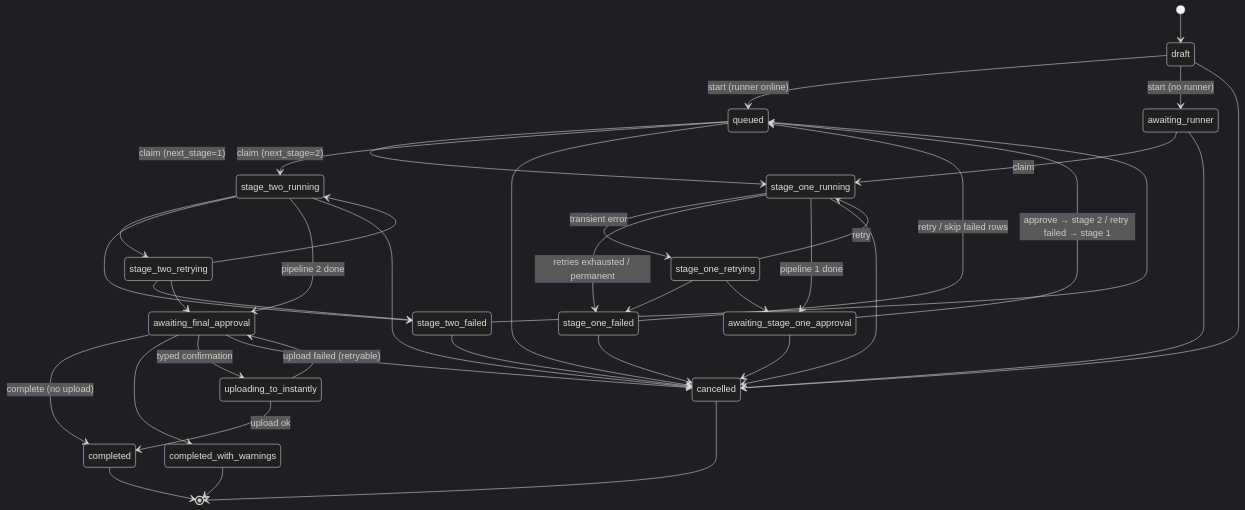
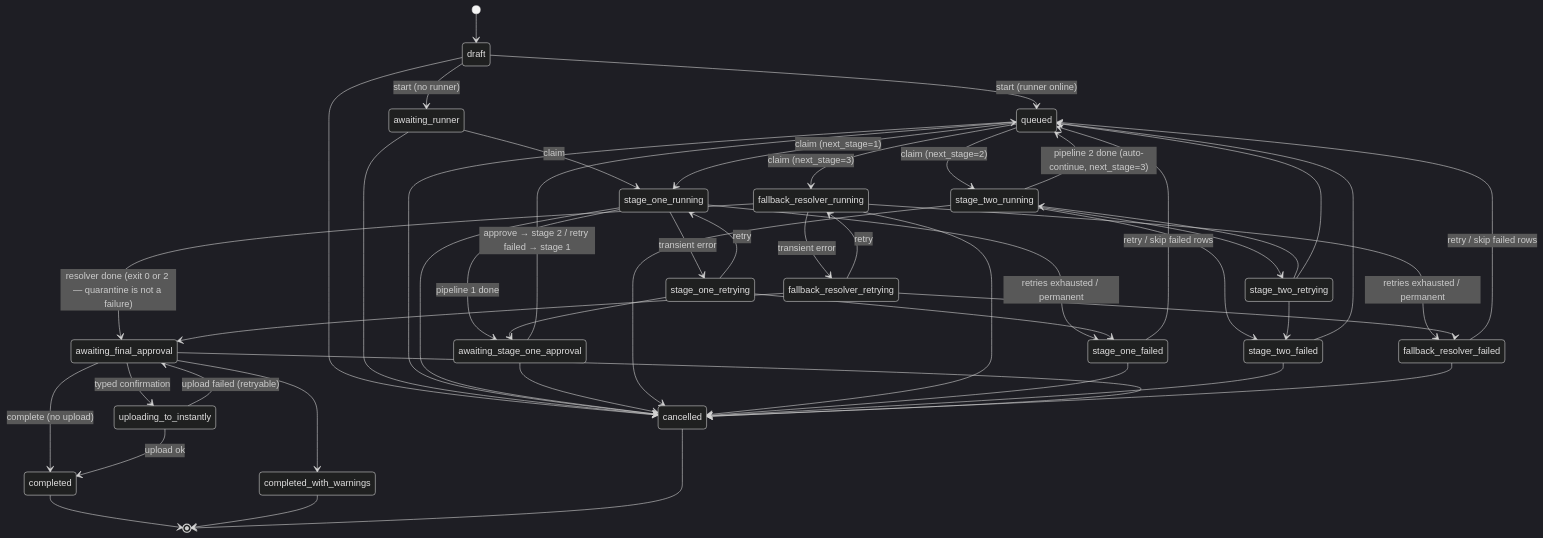
The second of 2 diagrams in docs/architecture.md (AureliConsulting/pipeline-frontend), drawn with Mermaid (dark theme) before and after one commit. The commit also changed 37 other files, not shown here.

First line of the commit message:
Add manual review fallback resolver as a mandatory third pipeline stage

````diff
--- a/docs/architecture.md
+++ b/docs/architecture.md
@@ -44,41 +44,51 @@
 ```mermaid
 stateDiagram-v2
   [*] --> draft
   draft --> queued: start (runner online)
   draft --> awaiting_runner: start (no runner)
   awaiting_runner --> stage_one_running: claim
   queued --> stage_one_running: claim (next_stage=1)
   queued --> stage_two_running: claim (next_stage=2)
+  queued --> fallback_resolver_running: claim (next_stage=3)
   stage_one_running --> stage_one_retrying: transient error
   stage_one_retrying --> stage_one_running: retry
   stage_one_running --> stage_one_failed: retries exhausted / permanent
   stage_one_retrying --> stage_one_failed
   stage_one_running --> awaiting_stage_one_approval: pipeline 1 done
   stage_one_retrying --> awaiting_stage_one_approval
   awaiting_stage_one_approval --> queued: approve → stage 2 / retry failed → stage 1
   stage_one_failed --> queued: retry / skip failed rows
   stage_two_running --> stage_two_retrying
   stage_two_retrying --> stage_two_running
   stage_two_running --> stage_two_failed
   stage_two_retrying --> stage_two_failed
-  stage_two_running --> awaiting_final_approval: pipeline 2 done
-  stage_two_retrying --> awaiting_final_approval
+  stage_two_running --> queued: pipeline 2 done (auto-continue, next_stage=3)
+  stage_two_retrying --> queued
   stage_two_failed --> queued
+  fallback_resolver_running --> fallback_resolver_retrying: transient error
+  fallback_resolver_retrying --> fallback_resolver_running: retry
+  fallback_resolver_running --> fallback_resolver_failed: retries exhausted / permanent
+  fallback_resolver_retrying --> fallback_resolver_failed
+  fallback_resolver_running --> awaiting_final_approval: resolver done (exit 0 or 2 — quarantine is not a failure)
+  fallback_resolver_retrying --> awaiting_final_approval
+  fallback_resolver_failed --> queued: retry / skip failed rows
   awaiting_final_approval --> completed: complete (no upload)
   awaiting_final_approval --> completed_with_warnings
   awaiting_final_approval --> uploading_to_instantly: typed confirmation
   uploading_to_instantly --> completed: upload ok
   uploading_to_instantly --> awaiting_final_approval: upload failed (retryable)
   draft --> cancelled
   awaiting_runner --> cancelled
   queued --> cancelled
   stage_one_running --> cancelled
   awaiting_stage_one_approval --> cancelled
   stage_two_running --> cancelled
+  fallback_resolver_running --> cancelled
   stage_one_failed --> cancelled
   stage_two_failed --> cancelled
+  fallback_resolver_failed --> cancelled
   awaiting_final_approval --> cancelled
   completed --> [*]
   completed_with_warnings --> [*]
   cancelled --> [*]
 ```
````
